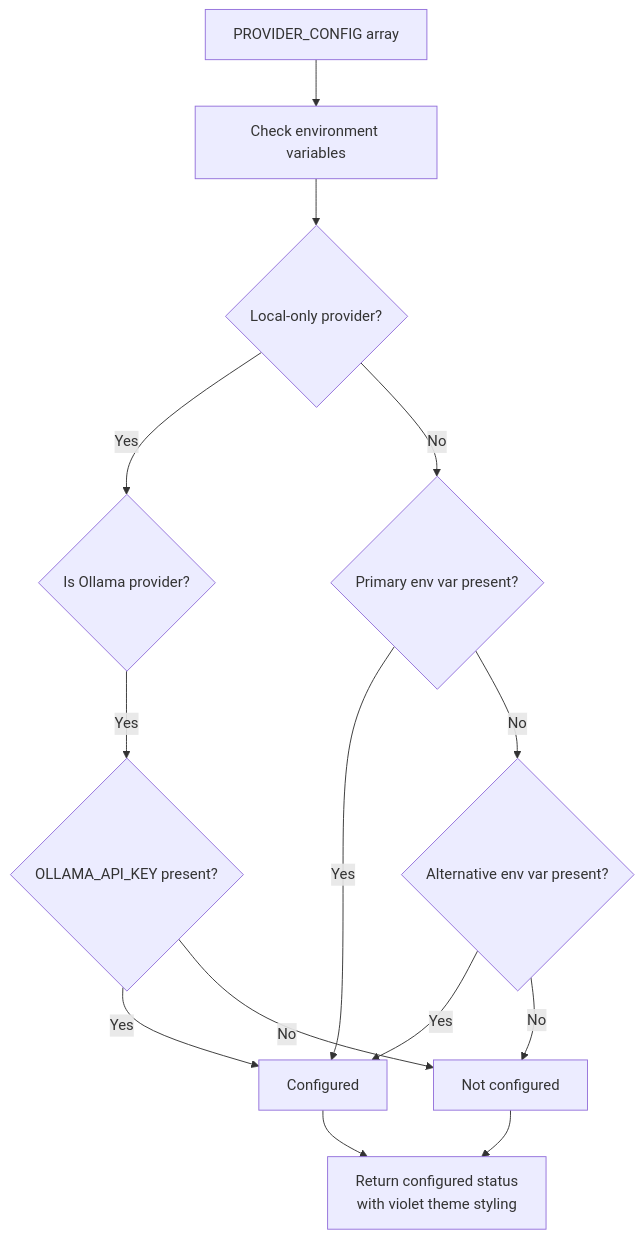
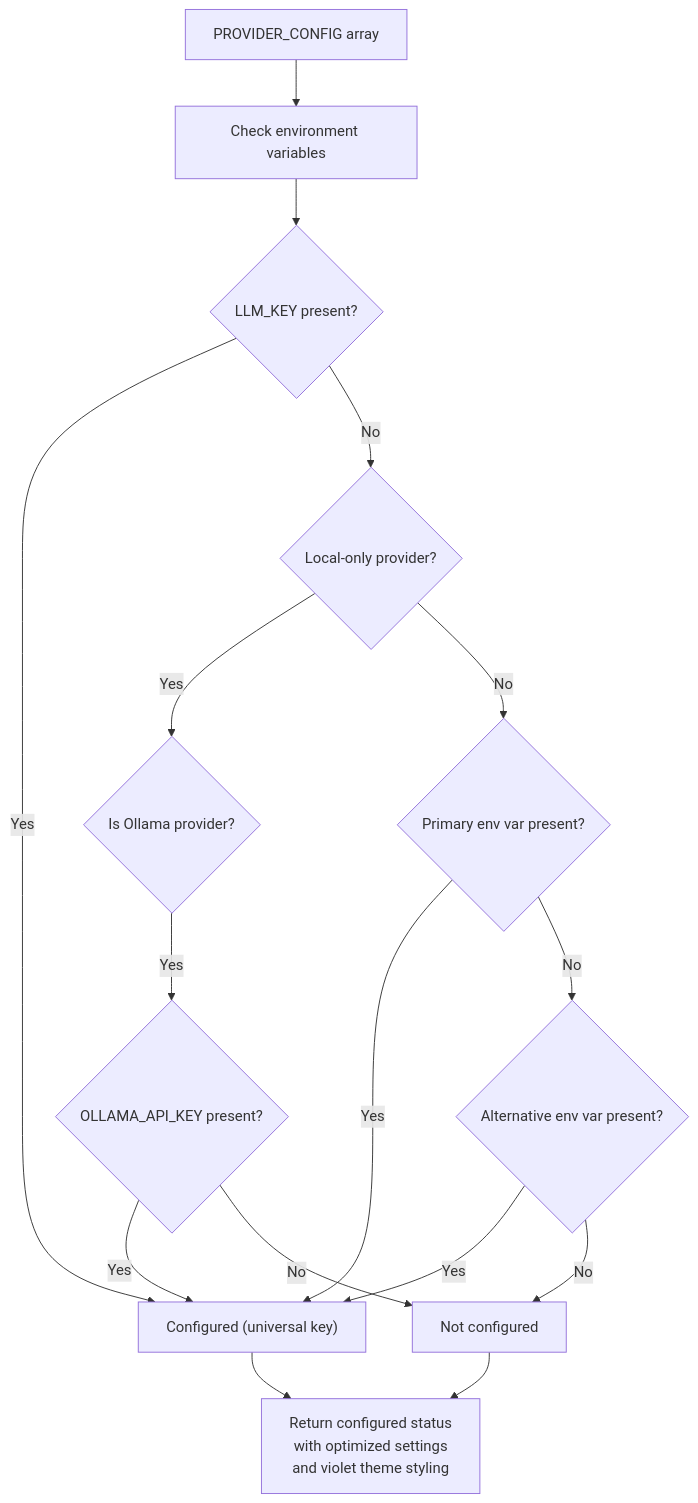
Before and after one commit to shekhargiri005-dotcom/AI-powered-accessibility-first-UI-engine: the fifth of 13 diagrams in .qoder/repowiki/en/content/AI Generation Engine/Model Configuration & Selection/Model Configuration & Selection.md, drawn with Mermaid. The commit also changed other lines of this file and 8 other files, not shown here.

````diff
--- a/.qoder/repowiki/en/content/AI Generation Engine/Model Configuration & Selection/Model Configuration & Selection.md
+++ b/.qoder/repowiki/en/content/AI Generation Engine/Model Configuration & Selection/Model Configuration & Selection.md
@@ -273,16 +326,18 @@
 ```mermaid
 flowchart TD
 ProviderConfig["PROVIDER_CONFIG array"] --> CheckEnv["Check environment variables"]
-CheckEnv --> LocalOnly{"Local-only provider?"}
+CheckEnv --> UniversalKey{"LLM_KEY present?"}
+UniversalKey --> |Yes| Configured["Configured (universal key)"]
+UniversalKey --> |No| LocalOnly{"Local-only provider?"}
 LocalOnly --> |Yes| OllamaCheck{"Is Ollama provider?"}
 OllamaCheck --> |Yes| OllamaKeyCheck{"OLLAMA_API_KEY present?"}
-OllamaKeyCheck --> |Yes| Configured["Configured"]
+OllamaKeyCheck --> |Yes| Configured
 OllamaKeyCheck --> |No| NotConfigured["Not configured"]
 LocalOnly --> |No| PrimaryCheck{"Primary env var present?"}
 PrimaryCheck --> |Yes| Configured
 PrimaryCheck --> |No| AltCheck{"Alternative env var present?"}
 AltCheck --> |Yes| Configured
 AltCheck --> |No| NotConfigured
-Configured --> ReturnStatus["Return configured status<br/>with violet theme styling"]
+Configured --> ReturnStatus["Return configured status<br/>with optimized settings<br/>and violet theme styling"]
 NotConfigured --> ReturnStatus
 ```
````
